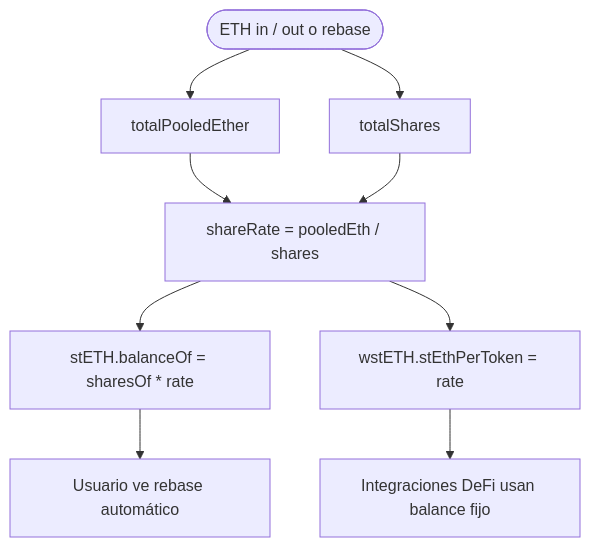
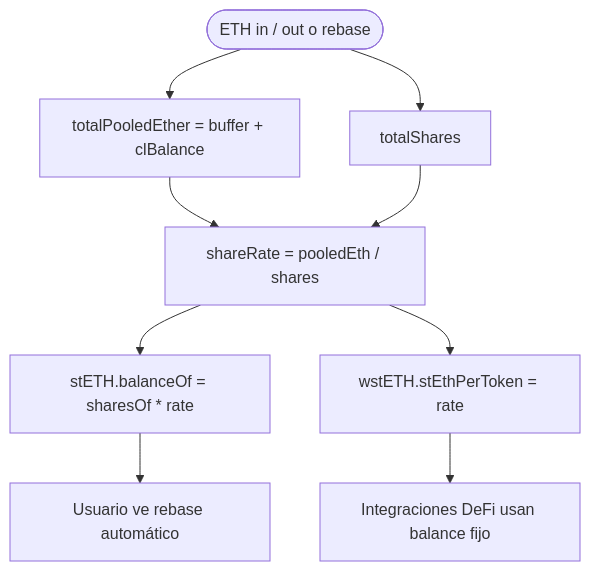
Before and after one commit to rastrahm/liquid-staking-protocol: the fourth of 5 diagrams in doc/flujograma.md, drawn with Mermaid. The commit also changed other lines of this file and 12 other files, not shown here.

````diff
--- a/doc/flujograma.md
+++ b/doc/flujograma.md
@@ -98,11 +102,11 @@
 ```mermaid
 flowchart TD
-    Start([ETH in / out o rebase]) --> TPE[totalPooledEther]
+    Start([ETH in / out o rebase]) --> TPE[totalPooledEther = buffer + clBalance]
     Start --> TS[totalShares]
     TPE --> Rate[shareRate = pooledEth / shares]
     TS --> Rate
     Rate --> Bal[stETH.balanceOf = sharesOf * rate]
     Rate --> WRate[wstETH.stEthPerToken = rate]
     Bal --> User[Usuario ve rebase automático]
     WRate --> Defi[Integraciones DeFi usan balance fijo]
 ```
````
